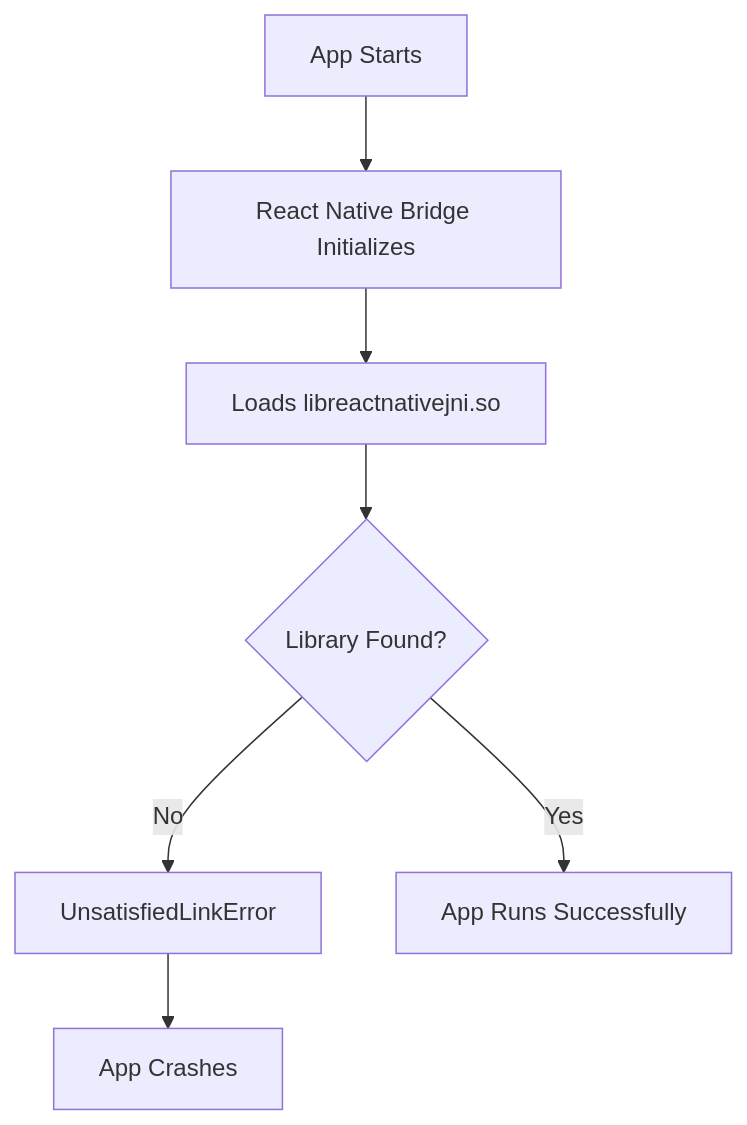
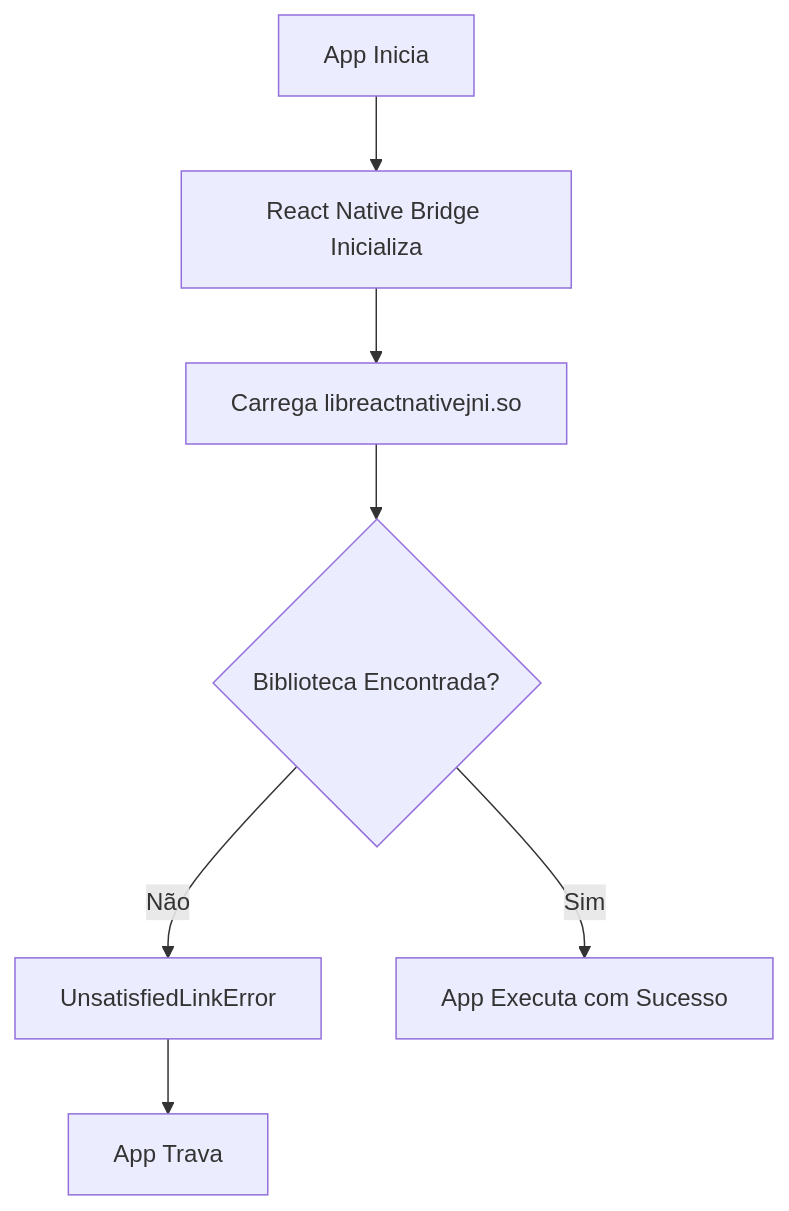
Before and after one commit to vickttor/TCC-APP-MOBILE-VKN: the diagram in report.md, drawn with Mermaid. The commit also changed other lines of this file, not shown here.

````diff
--- a/report.md
+++ b/report.md
@@ -243,9 +243,9 @@
 ```mermaid
 graph TD
-    A[App Starts] --> B[React Native Bridge Initializes]
-    B --> C[Loads libreactnativejni.so]
-    C --> D{Library Found?}
-    D -->|No| E[UnsatisfiedLinkError]
-    D -->|Yes| F[App Runs Successfully]
-    E --> G[App Crashes]
+    A[App Inicia] --> B[React Native Bridge Inicializa]
+    B --> C[Carrega libreactnativejni.so]
+    C --> D{Biblioteca Encontrada?}
+    D -->|Não| E[UnsatisfiedLinkError]
+    D -->|Sim| F[App Executa com Sucesso]
+    E --> G[App Trava]
 ```
````
